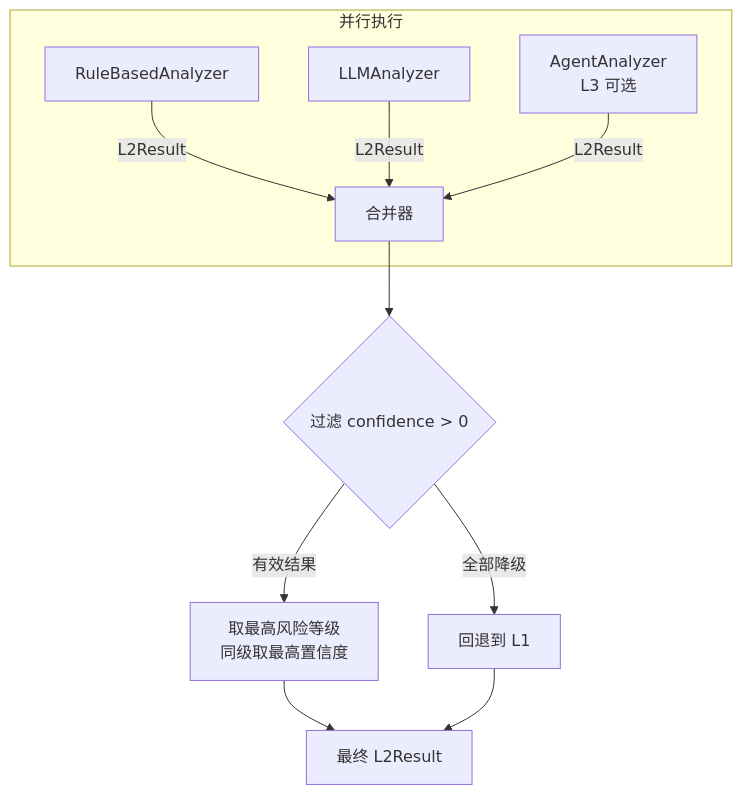
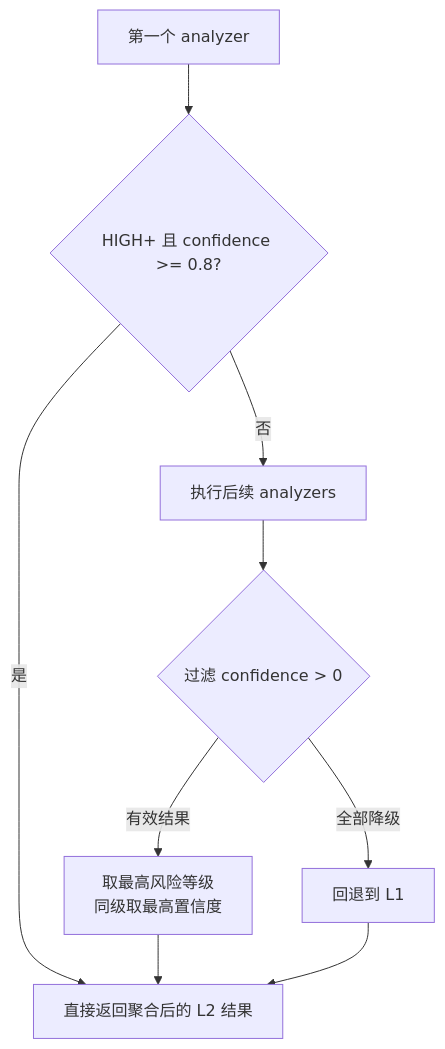
One commit to Elroyper/ClawSentry changed the second of 5 diagrams in site-docs/decision-layers/l2-semantic.md. Above: the diagram before and after it, drawn with Mermaid. The commit also changed other lines of this file and 37 other files, not shown here.

````diff
--- a/site-docs/decision-layers/l2-semantic.md
+++ b/site-docs/decision-layers/l2-semantic.md
@@ -292,14 +292,11 @@
 ```mermaid
 graph TD
-    subgraph "并行执行"
-        R[RuleBasedAnalyzer] -->|L2Result| M[合并器]
-        L[LLMAnalyzer] -->|L2Result| M
-        A[AgentAnalyzer<br/>L3 可选] -->|L2Result| M
-    end
-
-    M --> F{过滤 confidence > 0}
+    L2A[第一个 analyzer] --> D{HIGH+ 且 confidence >= 0.8?}
+    D -->|是| OUT[直接返回聚合后的 L2 结果]
+    D -->|否| NEXT[执行后续 analyzers]
+    NEXT --> F{过滤 confidence > 0}
     F -->|有效结果| MAX[取最高风险等级<br/>同级取最高置信度]
     F -->|全部降级| FB[回退到 L1]
-    MAX --> OUT[最终 L2Result]
+    MAX --> OUT
     FB --> OUT
 ```
````
